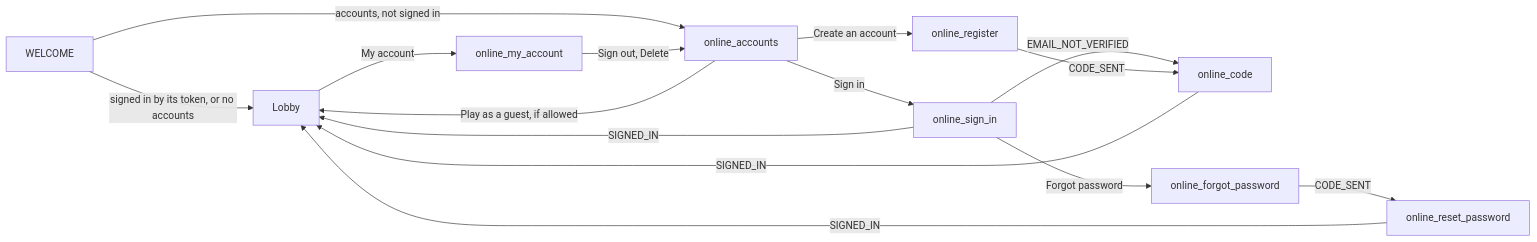
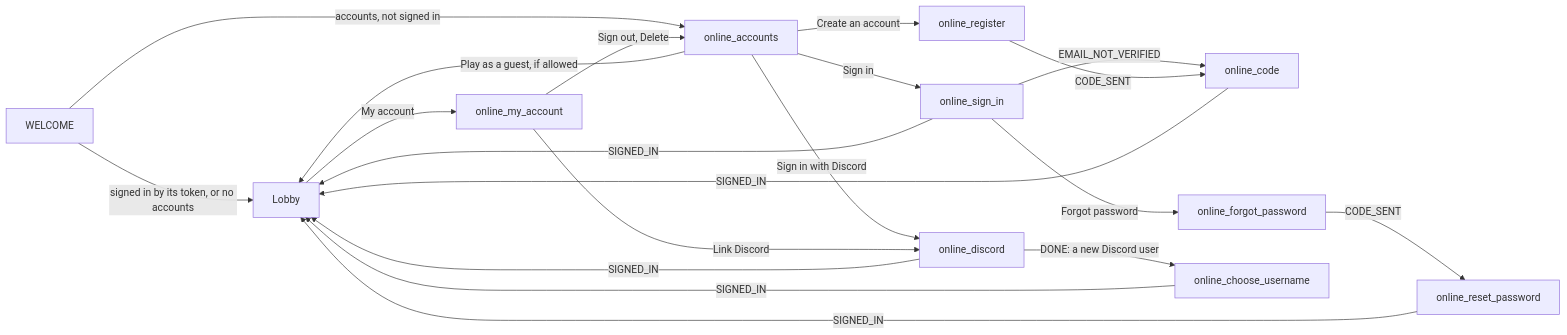
Before and after one commit to Akinator31/Rtype: the second of 2 diagrams in docs/architecture/client-online.md, drawn with Mermaid. The commit also changed other lines of this file and 14 other files, not shown here.

Commit message:
docs: sign in with Discord through the Social SDK, ADR 0026

````diff
--- a/docs/architecture/client-online.md
+++ b/docs/architecture/client-online.md
@@ -139,11 +141,14 @@
 ```mermaid
 flowchart LR
     W[WELCOME] -->|signed in by its token, or no accounts| L[Lobby]
     W -->|accounts, not signed in| A[online_accounts]
     A -->|Sign in| S[online_sign_in] -->|SIGNED_IN| L
     S -->|EMAIL_NOT_VERIFIED| C[online_code]
     S -->|Forgot password| F[online_forgot_password] -->|CODE_SENT| R[online_reset_password] -->|SIGNED_IN| L
     A -->|Create an account| G[online_register] -->|CODE_SENT| C -->|SIGNED_IN| L
     A -->|Play as a guest, if allowed| L
+    A -->|Sign in with Discord| D[online_discord] -->|SIGNED_IN| L
+    D -->|DONE: a new Discord user| U[online_choose_username] -->|SIGNED_IN| L
     L -->|My account| M[online_my_account] -->|Sign out, Delete| A
+    M -->|Link Discord| D
 ```
````
